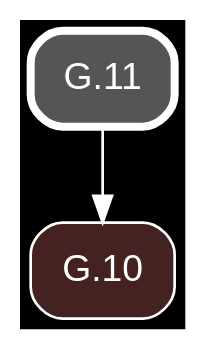
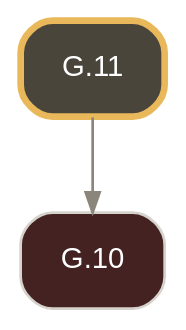
Before and after one commit to geometor/elements: the diagram in docsrc/elements2/G.11/index.rst, drawn with Graphviz. The commit also changed other lines of this file and 261 other files, not shown here.

Commit message:
feat: rebuild Elements 2.0 G-Index pipeline from composed Euclid Heath edition (v0.3.0)

```diff
--- a/docsrc/elements2/G.11/index.rst
+++ b/docsrc/elements2/G.11/index.rst
@@ -157,11 +81,11 @@
 .. graphviz::
 
    digraph {
-     bgcolor="black";
-     node [shape=box, style="rounded,filled", fontname="Helvetica", color="white", fontcolor="white"];
-     edge [color="white", fontcolor="white"];
+     bgcolor="transparent";
+     node [shape=box, style="rounded,filled", fontname="Helvetica", fontsize=11, color="#d6d3cd", fontcolor="#ffffff"];
+     edge [color="#8c857b", fontcolor="#8c857b", arrowsize=0.75];
      rankdir="TB";
-     "G.10" [label="G.10", fillcolor="#442222", URL="/elements2/G.10/", target="_top"];
-     "G.11" [label="G.11", penwidth=3, color="white", fillcolor="#555555", URL="/elements2/G.11/", target="_top"];
+     "G.10" [label="G.10", tooltip="G.10 (I.cn.4)", fillcolor="#442222", URL="../G.10/index.html", target="_top"];
+     "G.11" [label="G.11", tooltip="G.11 (I.4)", penwidth=2.5, color="#e8b85a", fillcolor="#4a453b", URL="index.html", target="_top"];
      "G.11" -> "G.10";
    }
```
